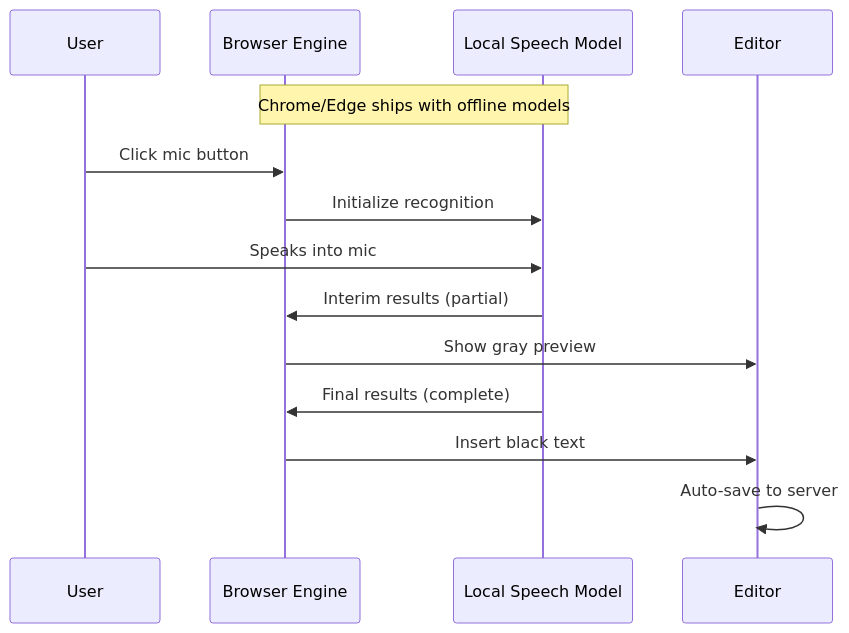
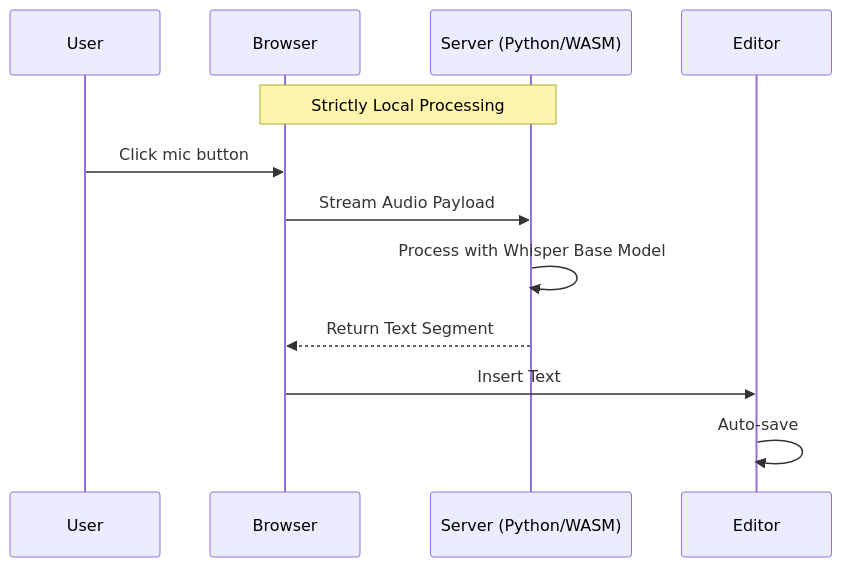
The eighth of 29 diagrams in docs/01-design-and-approach.md (steeltroops-ai/smart-office), drawn with Mermaid before and after one commit. The commit also changed other lines of this file and 8 other files, not shown here.

Commit message:
feat: Upgrade to Enterprise V1 Architecture (SQLite, Locking, Auth)

````diff
--- a/docs/01-design-and-approach.md
+++ b/docs/01-design-and-approach.md
@@ -270,18 +270,16 @@
 ```mermaid
 sequenceDiagram
     participant U as User
-    participant B as Browser Engine
-    participant M as Local Speech Model
+    participant B as Browser
+    participant S as Server (Python/WASM)
     participant E as Editor
-    
-    Note over B,M: Chrome/Edge ships with offline models
-    
+
+    Note over B,S: Strictly Local Processing
+
     U->>B: Click mic button
-    B->>M: Initialize recognition
-    U->>M: Speaks into mic
-    M->>B: Interim results (partial)
-    B->>E: Show gray preview
-    M->>B: Final results (complete)
-    B->>E: Insert black text
-    E->>E: Auto-save to server
+    B->>S: Stream Audio Payload
+    S->>S: Process with Whisper Base Model
+    S-->>B: Return Text Segment
+    B->>E: Insert Text
+    E->>E: Auto-save
 ```
````
